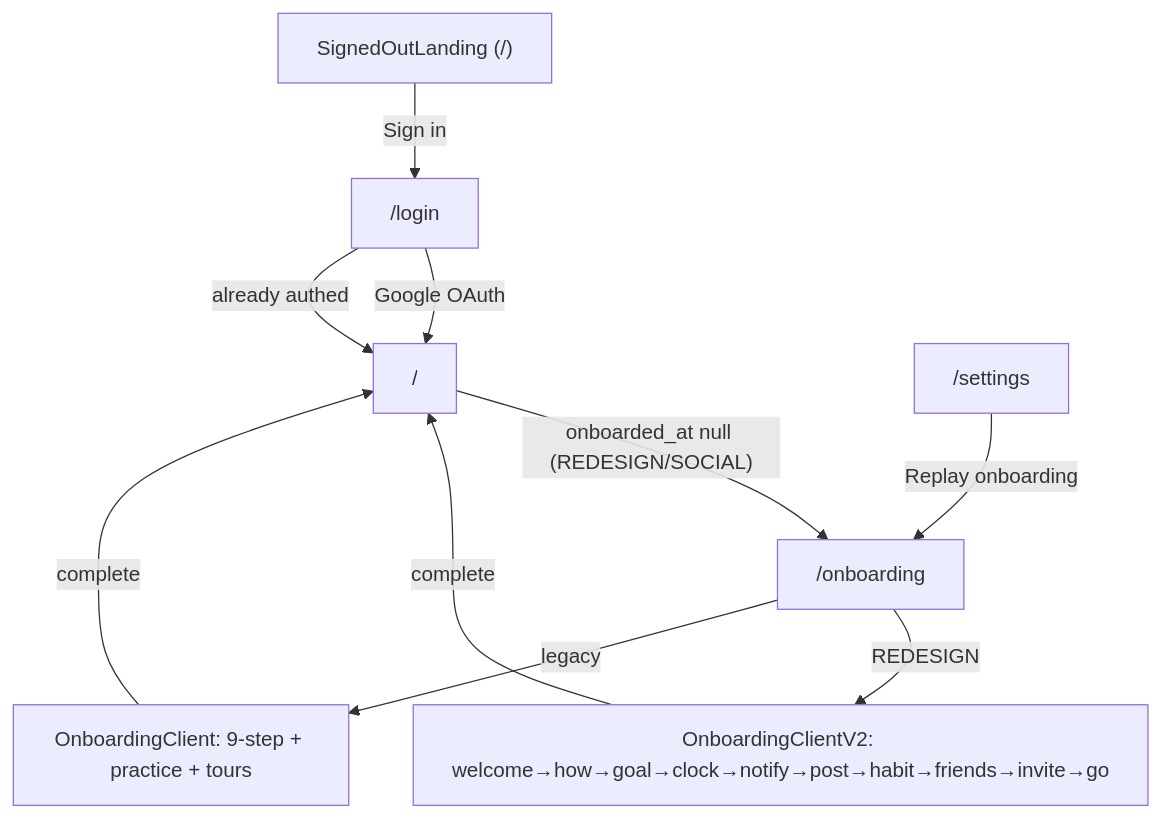
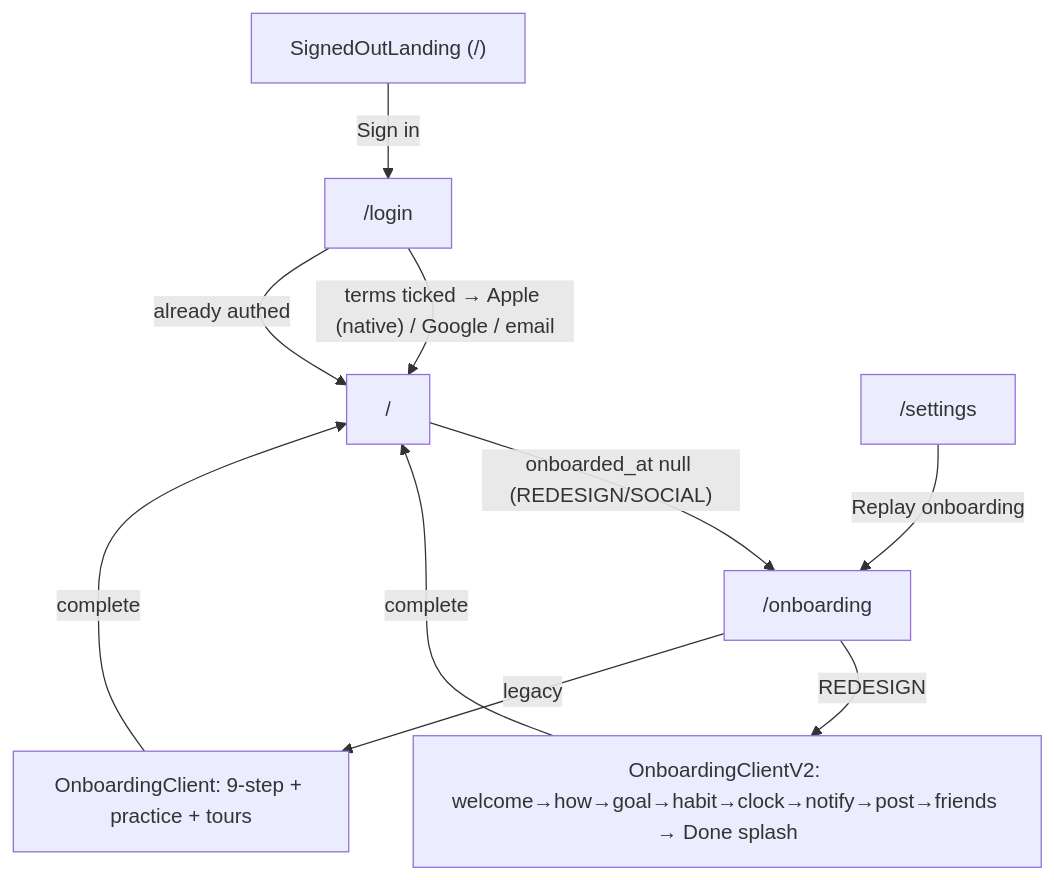
One commit to iroybisw47/progra changed the first of 7 diagrams in docs/SCREENS.md. Above: the diagram before and after it, drawn with Mermaid. The commit also changed other lines of this file and 31 other files, not shown here.

````diff
--- a/docs/SCREENS.md
+++ b/docs/SCREENS.md
@@ -199,12 +199,12 @@
 ```mermaid
 flowchart TD
   landing["SignedOutLanding (/)"] -->|Sign in| login["/login"]
-  login -->|Google OAuth| root["/"]
+  login -->|"terms ticked → Apple (native) / Google / email"| root["/"]
   login -->|already authed| root
   root -->|"onboarded_at null (REDESIGN/SOCIAL)"| onb["/onboarding"]
-  onb -->|REDESIGN| v2["OnboardingClientV2: welcome→how→goal→clock→notify→post→habit→friends→invite→go"]
+  onb -->|REDESIGN| v2["OnboardingClientV2: welcome→how→goal→habit→clock→notify→post→friends → Done splash"]
   onb -->|legacy| lg["OnboardingClient: 9-step + practice + tours"]
   v2 -->|complete| root
   lg -->|complete| root
   settings["/settings"] -->|Replay onboarding| onb
 ```
````
